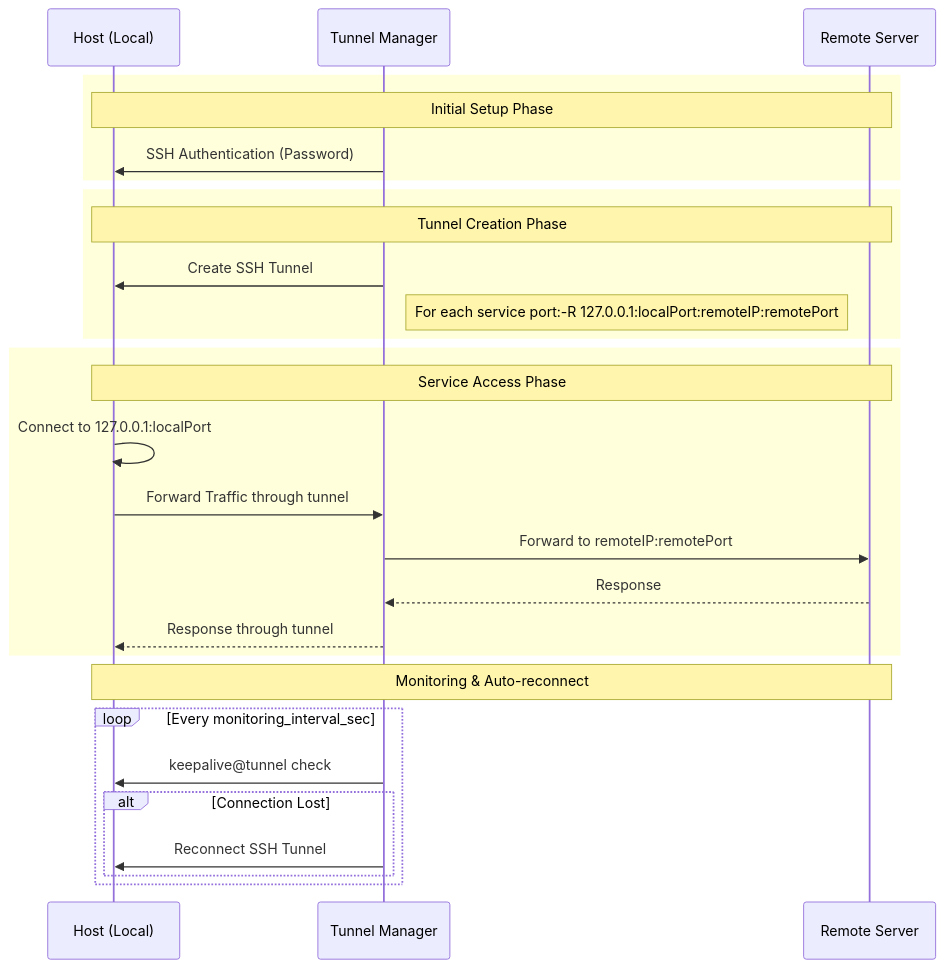
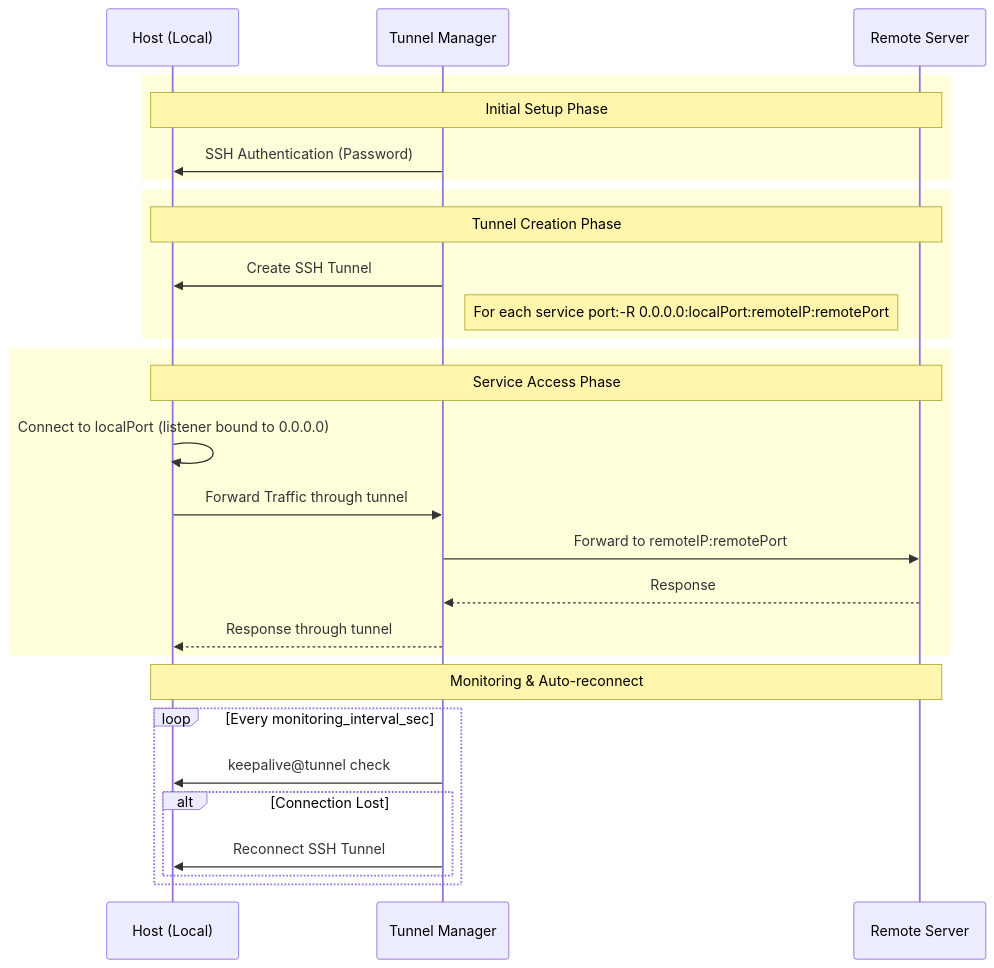
One commit to jollaman999/tunnel-manager changed the diagram in README.md. Above: the diagram before and after it, drawn with Mermaid. The commit also changed other lines of this file, not shown here.

Commit message:
README.md: Fix tunnel listen address in diagram
The remote listener has been bound to all addresses since 6d0e258 but
the diagram still showed 127.0.0.1.

````diff
--- a/README.md
+++ b/README.md
@@ -21,34 +21,34 @@
 ```mermaid
 sequenceDiagram
     participant Host as Host (Local)
     participant Bastion as Tunnel Manager
     participant WAS as Remote Server
     
     rect rgb(255, 255, 220)
         Note over Host,WAS: Initial Setup Phase
         Bastion->>Host: SSH Authentication (Password)
     end
 
     rect rgb(255, 255, 220)
         Note over Host,WAS: Tunnel Creation Phase
         Bastion->>Host: Create SSH Tunnel
-        Note right of Bastion: For each service port:-R 127.0.0.1:localPort:remoteIP:remotePort
+        Note right of Bastion: For each service port:-R 0.0.0.0:localPort:remoteIP:remotePort
     end
     
     rect rgb(255, 255, 220)
         Note over Host,WAS: Service Access Phase
-        Host->>Host: Connect to 127.0.0.1:localPort
+        Host->>Host: Connect to localPort (listener bound to 0.0.0.0)
         Host->>Bastion: Forward Traffic through tunnel
         Bastion->>WAS: Forward to remoteIP:remotePort
         WAS-->>Bastion: Response
         Bastion-->>Host: Response through tunnel
     end
 
     Note over Host,WAS: Monitoring & Auto-reconnect
     loop Every monitoring_interval_sec
         Bastion->>Host: keepalive@tunnel check
         alt Connection Lost
             Bastion->>Host: Reconnect SSH Tunnel
         end
     end
 ```
````
